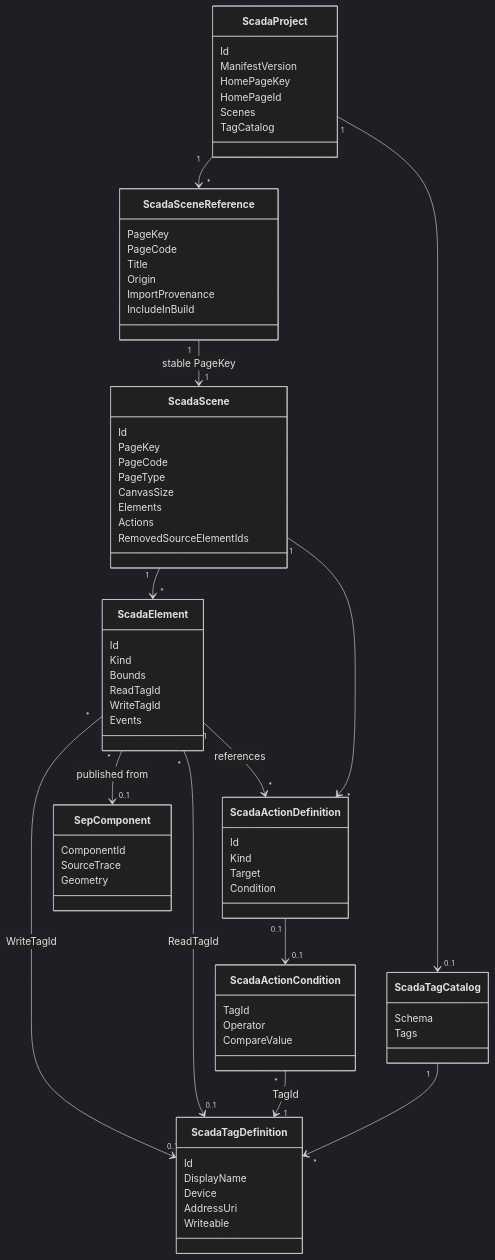
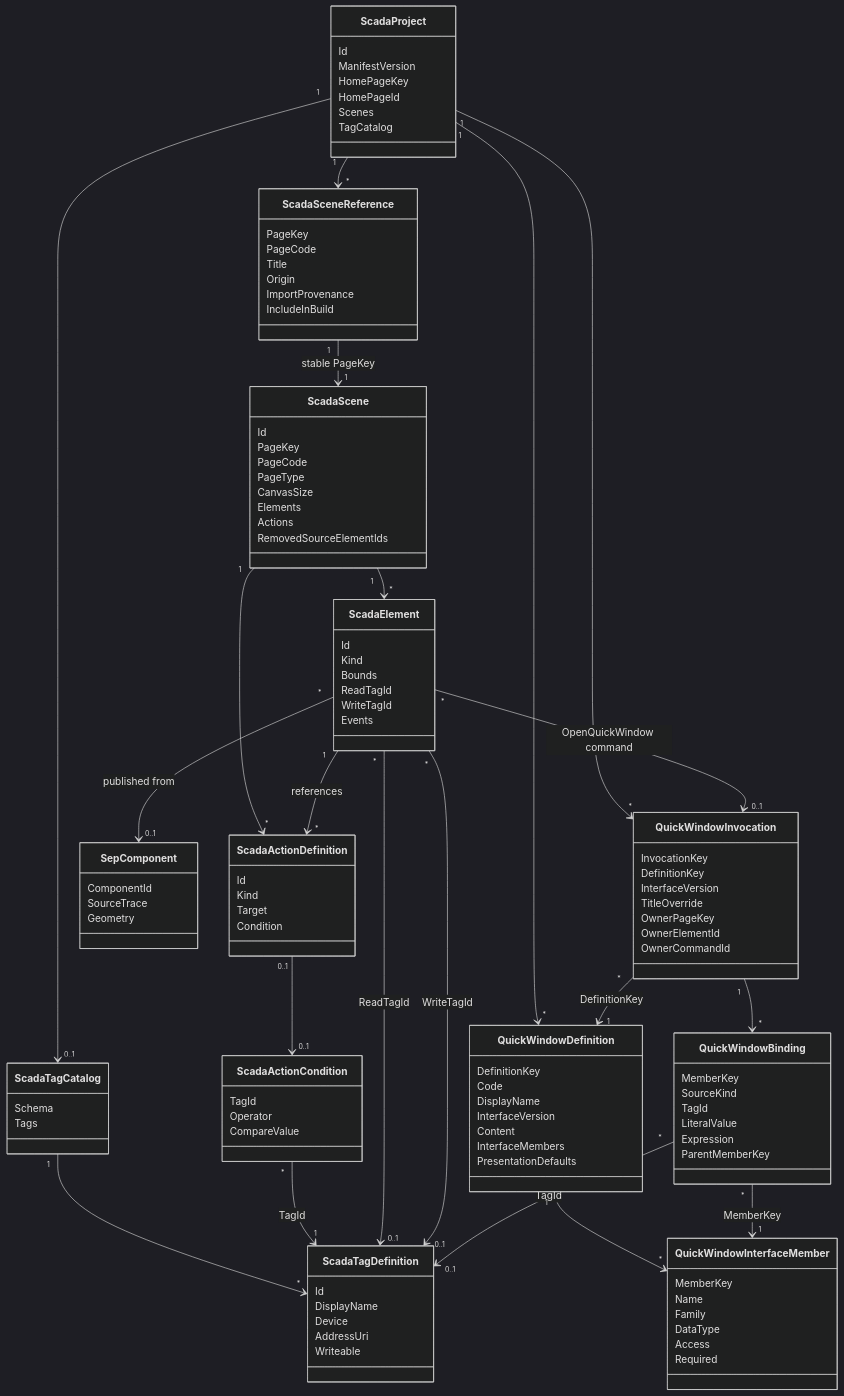
One commit to technologiesflorizon/scadabuilder changed the diagram in docs/02_architecture/DATA_MODEL_OVERVIEW_V2.md. Above: the diagram before and after it, drawn with Mermaid (dark theme). The commit also changed other lines of this file and 11 other files, not shown here.

First line of the commit message:
docs: record quick window v1 implementation

````diff
--- a/docs/02_architecture/DATA_MODEL_OVERVIEW_V2.md
+++ b/docs/02_architecture/DATA_MODEL_OVERVIEW_V2.md
@@ -87,6 +88,40 @@
     SourceTrace
     Geometry
   }
+  class QuickWindowDefinition {
+    DefinitionKey
+    Code
+    DisplayName
+    InterfaceVersion
+    Content
+    InterfaceMembers
+    PresentationDefaults
+  }
+  class QuickWindowInterfaceMember {
+    MemberKey
+    Name
+    Family
+    DataType
+    Access
+    Required
+  }
+  class QuickWindowInvocation {
+    InvocationKey
+    DefinitionKey
+    InterfaceVersion
+    TitleOverride
+    OwnerPageKey
+    OwnerElementId
+    OwnerCommandId
+  }
+  class QuickWindowBinding {
+    MemberKey
+    SourceKind
+    TagId
+    LiteralValue
+    Expression
+    ParentMemberKey
+  }
   ScadaProject "1" --> "*" ScadaSceneReference
   ScadaSceneReference "1" --> "1" ScadaScene : stable PageKey
   ScadaProject "1" --> "0..1" ScadaTagCatalog
@@ -99,4 +134,12 @@
   ScadaElement "*" --> "0..1" ScadaTagDefinition : ReadTagId
   ScadaElement "*" --> "0..1" ScadaTagDefinition : WriteTagId
   ScadaElement "*" --> "0..1" SepComponent : published from
+  ScadaProject "1" --> "*" QuickWindowDefinition
+  ScadaProject "1" --> "*" QuickWindowInvocation
+  QuickWindowDefinition "1" --> "*" QuickWindowInterfaceMember
+  QuickWindowInvocation "*" --> "1" QuickWindowDefinition : DefinitionKey
+  QuickWindowInvocation "1" --> "*" QuickWindowBinding
+  QuickWindowBinding "*" --> "1" QuickWindowInterfaceMember : MemberKey
+  QuickWindowBinding "*" --> "0..1" ScadaTagDefinition : TagId
+  ScadaElement "*" --> "0..1" QuickWindowInvocation : OpenQuickWindow command
 ```
````
